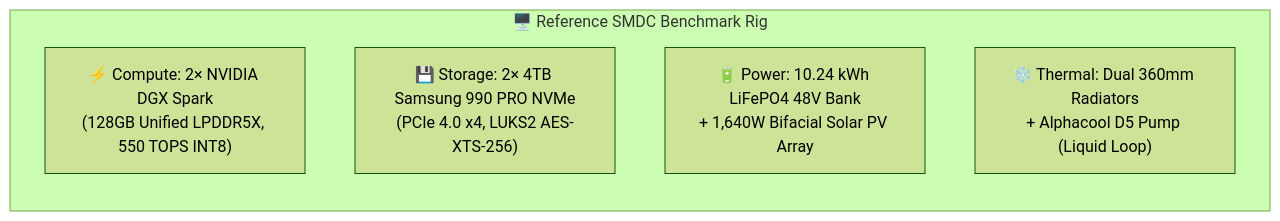
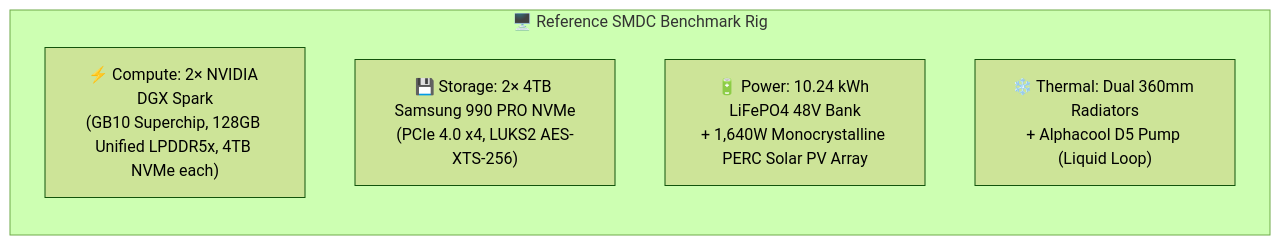
The first of 4 diagrams in BENCHMARKS.md (iliachry/sovereign-mini-datacenter), drawn with Mermaid (forest theme) before and after one commit. The commit also changed other lines of this file and 174 other files, not shown here.

````diff
--- a/BENCHMARKS.md
+++ b/BENCHMARKS.md
@@ -13,9 +14,9 @@
 ```mermaid
 flowchart LR
     subgraph Rig["🖥️ Reference SMDC Benchmark Rig"]
-        C["⚡ Compute: 2× NVIDIA DGX Spark<br/>(128GB Unified LPDDR5X, 550 TOPS INT8)"]
+        C["⚡ Compute: 2× NVIDIA DGX Spark<br/>(GB10 Superchip, 128GB Unified LPDDR5x, 4TB NVMe each)"]
         S["💾 Storage: 2× 4TB Samsung 990 PRO NVMe<br/>(PCIe 4.0 x4, LUKS2 AES-XTS-256)"]
-        P["🔋 Power: 10.24 kWh LiFePO4 48V Bank<br/>+ 1,640W Bifacial Solar PV Array"]
+        P["🔋 Power: 10.24 kWh LiFePO4 48V Bank<br/>+ 1,640W Monocrystalline PERC Solar PV Array"]
         T["❄️ Thermal: Dual 360mm Radiators<br/>+ Alphacool D5 Pump (Liquid Loop)"]
     end
 ```
````
